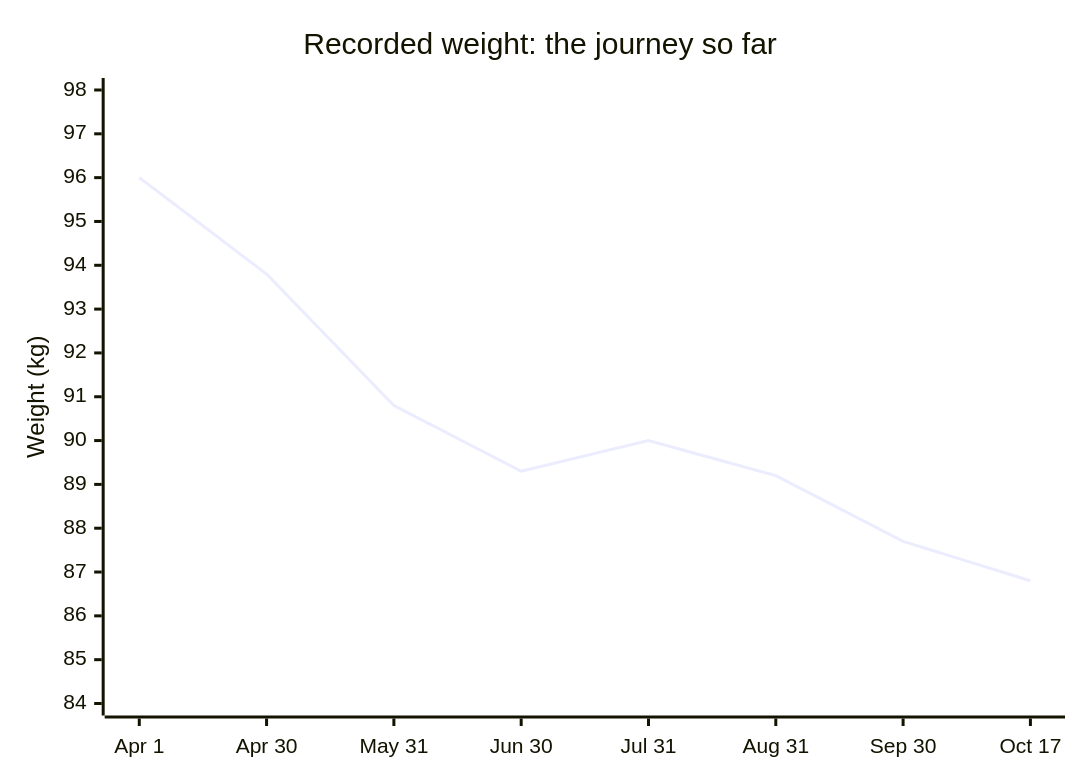
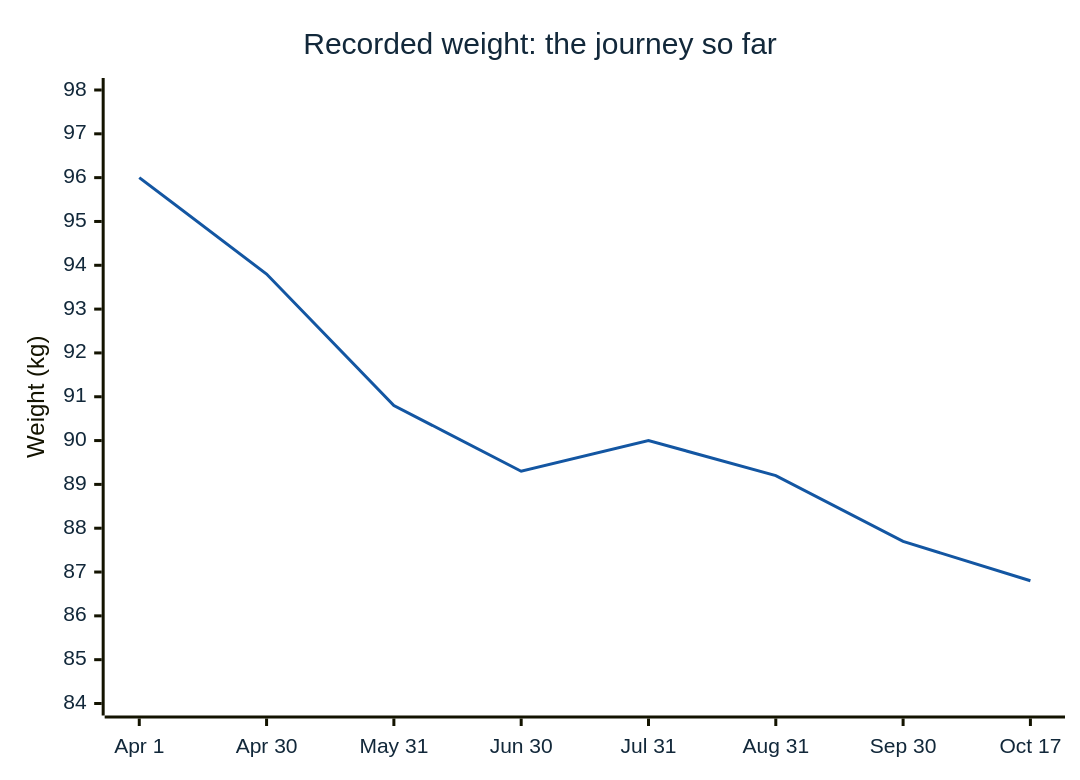
Before and after one commit to Jarrod95/sandbox-scripts: the first of 9 diagrams in myfitnesspal/WEIGHT_JOURNEY.md, drawn with Mermaid. The commit also changed other lines of this file, not shown here.

````diff
--- a/myfitnesspal/WEIGHT_JOURNEY.md
+++ b/myfitnesspal/WEIGHT_JOURNEY.md
@@ -19,7 +51,8 @@
 ```mermaid
+%%{init: {"theme":"base","themeVariables":{"background":"#ffffff","primaryColor":"#f2f7fc","primaryTextColor":"#12283a","primaryBorderColor":"#16599b","lineColor":"#16599b","textColor":"#12283a","fontSize":"16px","xyChart":{"backgroundColor":"#ffffff","plotColorPalette":"#1356A2,#E66B0A,#147D64,#A12A50","titleColor":"#12283a","xAxisLabelColor":"#12283a","yAxisLabelColor":"#12283a"}}}}%%
 xychart-beta
   title "Recorded weight: the journey so far"
   x-axis ["Apr 1", "Apr 30", "May 31", "Jun 30", "Jul 31", "Aug 31", "Sep 30", "Oct 17"]
   y-axis "Weight (kg)" 84 --> 98
   line [96, 93.8, 90.8, 89.3, 90.0, 89.2, 87.7, 86.8]
 ```
````
